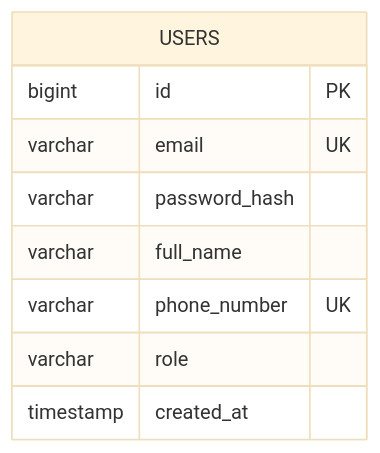
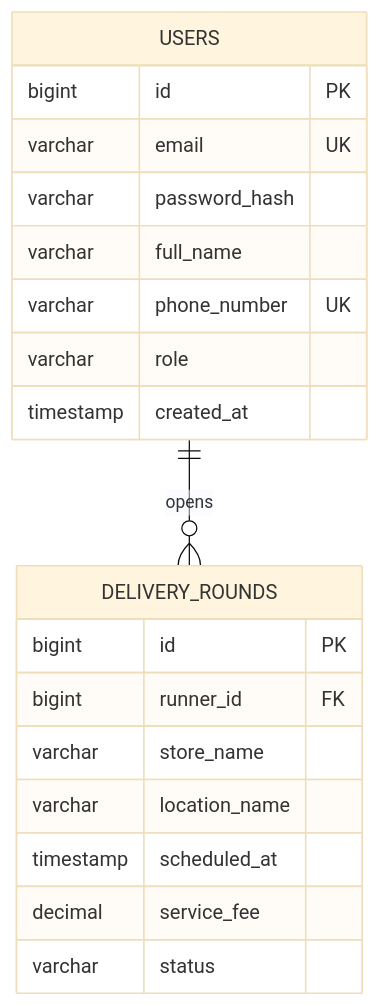
The diagram in docs/database/ERD.md (BlackyB0o/CS261_650001_group5), drawn with Mermaid (base theme) before and after one commit. The commit also changed other lines of this file, not shown here.

Commit message:
add initial ERD for task 08

````diff
--- a/docs/database/ERD.md
+++ b/docs/database/ERD.md
@@ -5,12 +5,27 @@
 ```mermaid
 erDiagram
+    %% Task 08 - เปิดรอบรับหิ้ว
+    USERS ||--o{ DELIVERY_ROUNDS : opens
+    
+    %% Task 04 - ลงทะเบียนหรือเข้าสู่ระบบ
     USERS {
         bigint id PK
         varchar email UK
         varchar password_hash
         varchar full_name
         varchar phone_number UK
         varchar role
         timestamp created_at
     }
+
+    %% Task 08 - เปิดรอบรับหิ้ว
+    DELIVERY_ROUNDS {
+        bigint id PK
+        bigint runner_id FK
+        varchar store_name
+        varchar location_name
+        timestamp scheduled_at
+        decimal service_fee
+        varchar status
+    }
 ```
````
